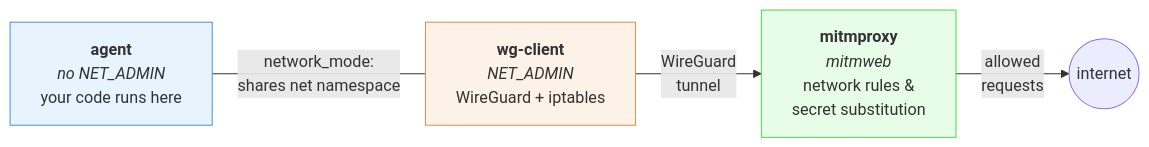
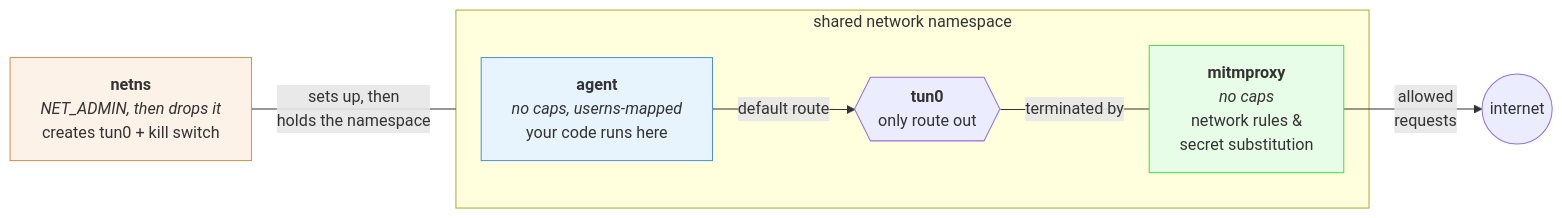
One commit to JEHoctor/sandcat changed the first of 3 diagrams in README.md. Above: the diagram before and after it, drawn with Mermaid. The commit also changed other lines of this file and 39 other files, not shown here.

````diff
--- a/README.md
+++ b/README.md
@@ -1117,15 +1122,19 @@
 ```mermaid
 flowchart LR
-    agent["<b>agent</b><br/><i>no NET_ADMIN</i><br/>your code runs here"]
-    wg["<b>wg-client</b><br/><i>NET_ADMIN</i><br/>WireGuard + iptables"]
-    mitm["<b>mitmproxy</b><br/><i>mitmweb</i><br/>network rules &amp;<br/>secret substitution"]
+    subgraph ns["shared network namespace"]
+        agent["<b>agent</b><br/><i>no caps, userns-mapped</i><br/>your code runs here"]
+        tun{{"<b>tun0</b><br/>only route out"}}
+        mitm["<b>mitmproxy</b><br/><i>no caps</i><br/>network rules &amp;<br/>secret substitution"]
+    end
+    netns["<b>netns</b><br/><i>NET_ADMIN, then drops it</i><br/>creates tun0 + kill switch"]
     inet(("internet"))
 
-    agent -- "network_mode:<br/>shares net namespace" --- wg
-    wg -- "WireGuard<br/>tunnel" --> mitm
+    netns -- "sets up, then<br/>holds the namespace" --- ns
+    agent -- "default route" --> tun
+    tun -- "terminated by" --- mitm
     mitm -- "allowed<br/>requests" --> inet
 
     style agent fill:#e8f4fd,stroke:#4a90d9
-    style wg fill:#fdf2e8,stroke:#d9904a
+    style netns fill:#fdf2e8,stroke:#d9904a
     style mitm fill:#e8fde8,stroke:#4ad94a
 ```
````
